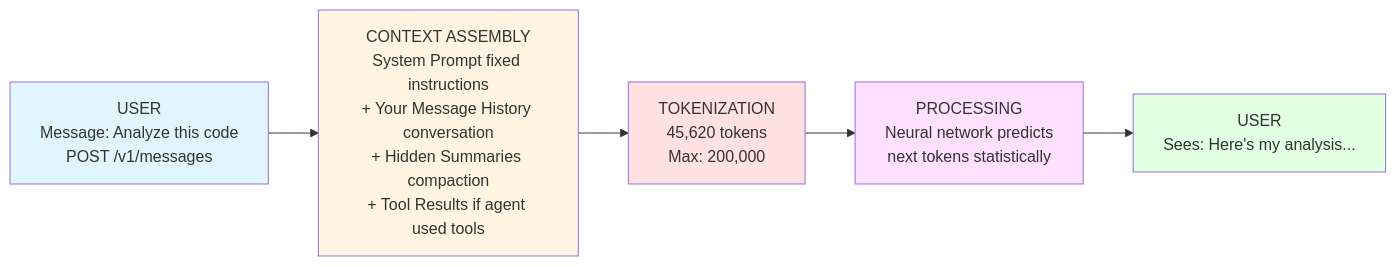
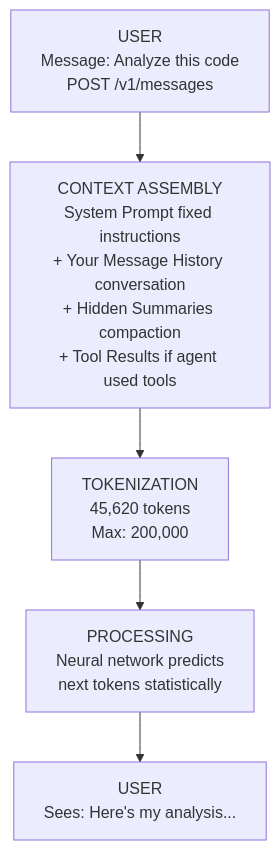
One commit to uz0/llm changed the first of 2 diagrams in docs/01_prompt.md. Above: the diagram before and after it, drawn with Mermaid. The commit also changed other lines of this file and 41 other files, not shown here.

Commit message:
Comprehensive Fixes: Dark Theme, Mermaid Support & Analytics (#1, #8, #9) (#10)

````diff
--- a/docs/01_prompt.md
+++ b/docs/01_prompt.md
@@ -25,16 +31,10 @@
 ```mermaid
-flowchart LR
+flowchart TD
     A["USER<br/>Message: Analyze this code<br/>POST /v1/messages"] --> B["CONTEXT ASSEMBLY<br/>System Prompt fixed instructions<br/>+ Your Message History conversation<br/>+ Hidden Summaries compaction<br/>+ Tool Results if agent used tools"]
 
     B --> C["TOKENIZATION<br/>45,620 tokens<br/>Max: 200,000"]
 
     C --> D["PROCESSING<br/>Neural network predicts<br/>next tokens statistically"]
 
     D --> E["USER<br/>Sees: Here's my analysis..."]
-
-    style A fill:#e1f5ff
-    style B fill:#fff4e1
-    style C fill:#ffe1e1
-    style D fill:#ffe1ff
-    style E fill:#e1ffe1
 ```
````
